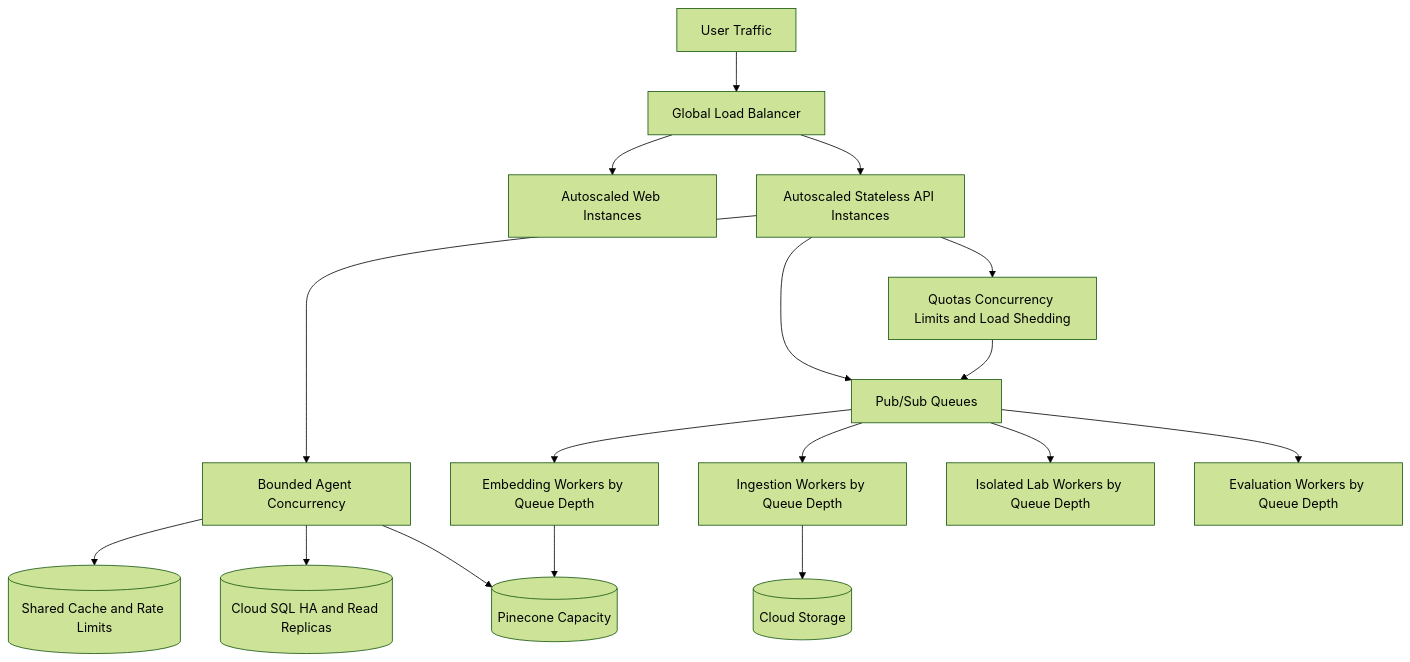
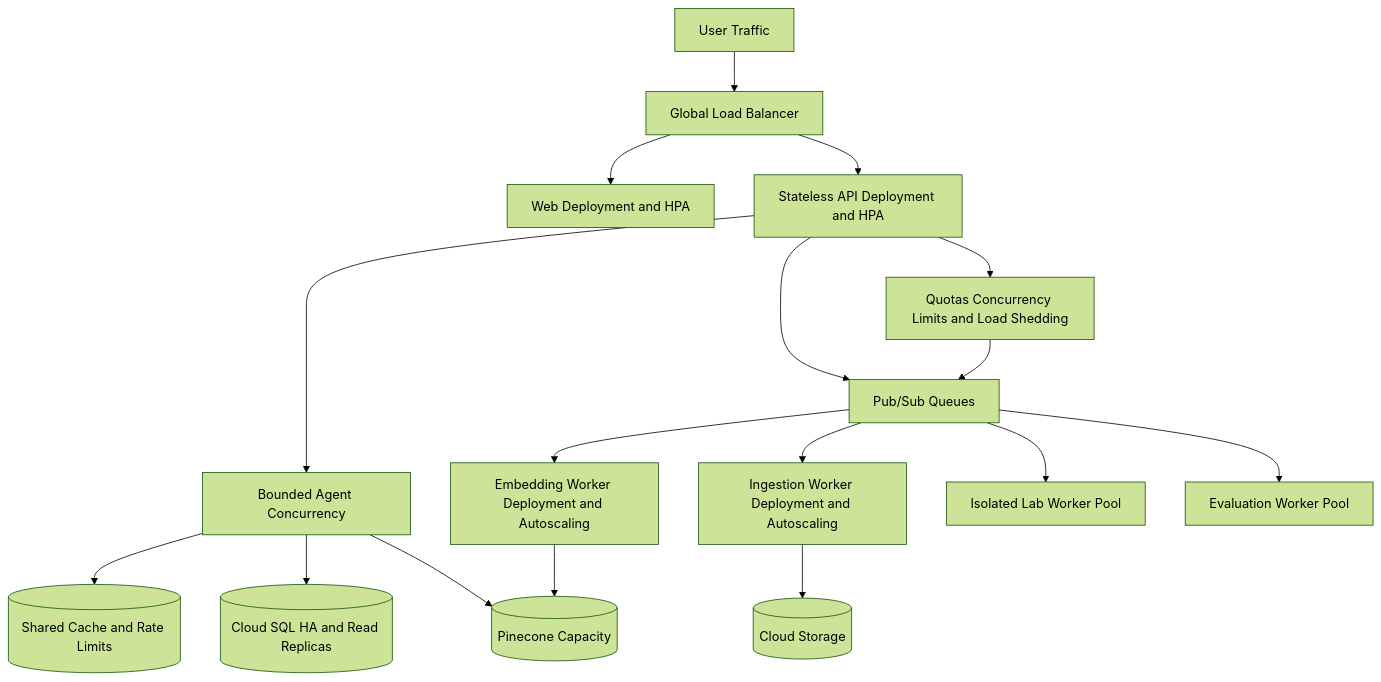
The sixth of 8 diagrams in docs/Architecture.md (MuzammilAhmedBhatti/Dynamic-Agentic-Bot), drawn with Mermaid (forest theme) before and after one commit. The commit also changed other lines of this file and 59 other files, not shown here.

````diff
--- a/docs/Architecture.md
+++ b/docs/Architecture.md
@@ -276,19 +276,19 @@
 ```mermaid
 flowchart TB
   Traffic[User Traffic] --> LB[Global Load Balancer]
-  LB --> WebPool[Autoscaled Web Instances]
-  LB --> APIPool[Autoscaled Stateless API Instances]
+  LB --> WebPool[Web Deployment and HPA]
+  LB --> APIPool[Stateless API Deployment and HPA]
   APIPool --> GraphPool[Bounded Agent Concurrency]
   APIPool --> Queue[Pub/Sub Queues]
-  Queue --> IngestPool[Ingestion Workers by Queue Depth]
-  Queue --> EmbedPool[Embedding Workers by Queue Depth]
-  Queue --> LabPool[Isolated Lab Workers by Queue Depth]
-  Queue --> EvalPool[Evaluation Workers by Queue Depth]
+  Queue --> IngestPool[Ingestion Worker Deployment and Autoscaling]
+  Queue --> EmbedPool[Embedding Worker Deployment and Autoscaling]
+  Queue --> LabPool[Isolated Lab Worker Pool]
+  Queue --> EvalPool[Evaluation Worker Pool]
   GraphPool --> Redis[(Shared Cache and Rate Limits)]
   GraphPool --> PG[(Cloud SQL HA and Read Replicas)]
   GraphPool --> Pine[(Pinecone Capacity)]
   IngestPool --> Objects[(Cloud Storage)]
   EmbedPool --> Pine
   APIPool --> Backpressure[Quotas Concurrency Limits and Load Shedding]
   Backpressure --> Queue
 ```
````
